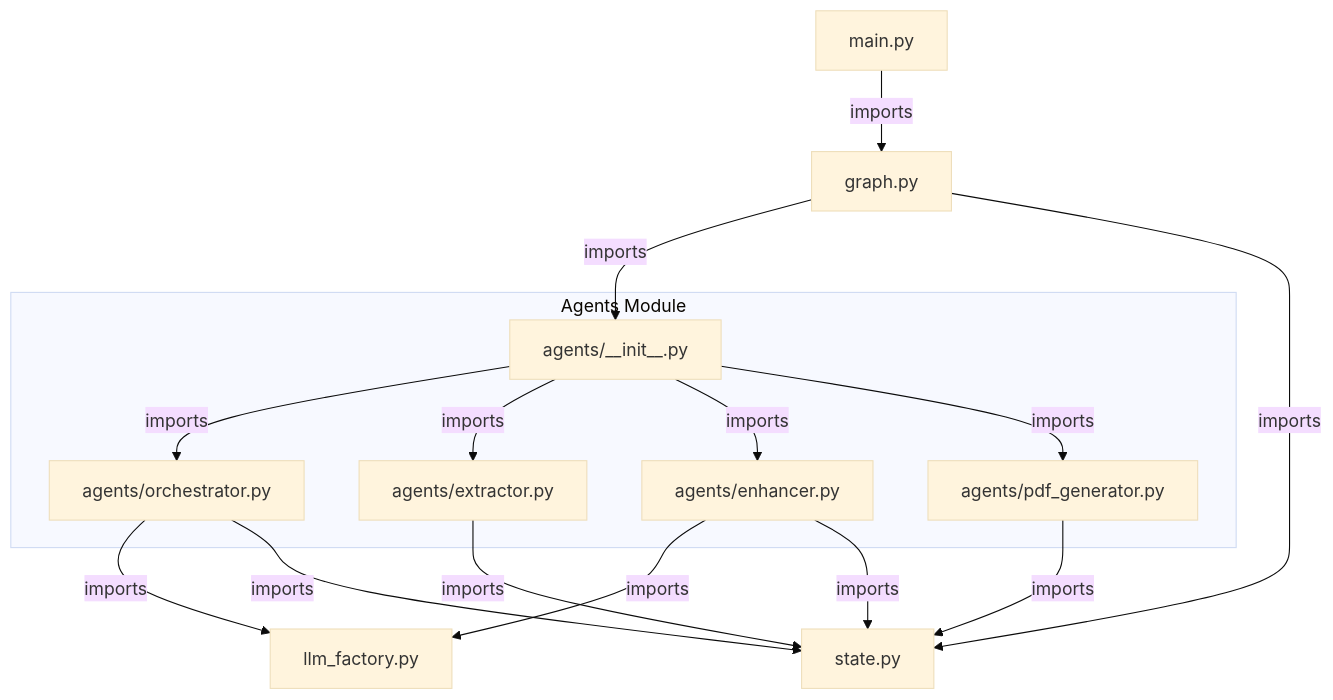
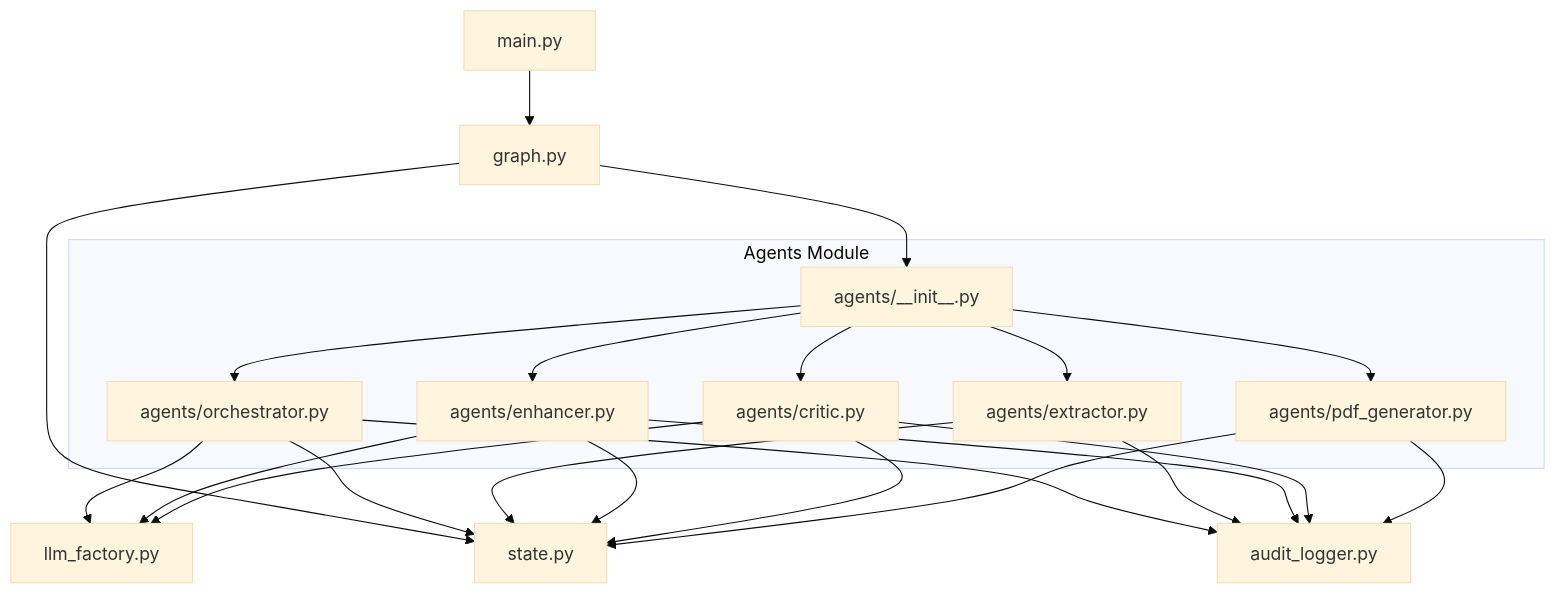
One commit to wubbyweb/resumatic changed the second of 2 diagrams in README.md. Above: the diagram before and after it, drawn with Mermaid (base theme). The commit also changed other lines of this file and 8 other files, not shown here.

````diff
--- a/README.md
+++ b/README.md
@@ -56,37 +68,50 @@
 ```mermaid
 graph TD
-    %% Define nodes with links to files
+    %% Define nodes
     Main["main.py"]
     Graph["graph.py"]
     State["state.py"]
     LLMFactory["llm_factory.py"]
-    
+    AuditLogger["audit_logger.py"]
+
     subgraph Agents Module
         AgentsInit["agents/__init__.py"]
         Orchestrator["agents/orchestrator.py"]
         Extractor["agents/extractor.py"]
         Enhancer["agents/enhancer.py"]
+        Critic["agents/critic.py"]
         PDFGen["agents/pdf_generator.py"]
     end
 
-    %% Define relationships based on imports
-    Main -->|imports| Graph
-    
-    Graph -->|imports| AgentsInit
-    Graph -->|imports| State
-    
-    AgentsInit -->|imports| Orchestrator
-    AgentsInit -->|imports| Extractor
-    AgentsInit -->|imports| Enhancer
-    AgentsInit -->|imports| PDFGen
+    %% Top-level wiring
+    Main --> Graph
 
-    Orchestrator -->|imports| LLMFactory
-    Orchestrator -->|imports| State
+    Graph --> AgentsInit
+    Graph --> State
 
-    Extractor -->|imports| State
+    %% __init__ re-exports all agent nodes
+    AgentsInit --> Orchestrator
+    AgentsInit --> Extractor
+    AgentsInit --> Enhancer
+    AgentsInit --> Critic
+    AgentsInit --> PDFGen
 
-    Enhancer -->|imports| LLMFactory
-    Enhancer -->|imports| State
+    %% Per-agent dependencies
+    Orchestrator --> LLMFactory
+    Orchestrator --> State
+    Orchestrator --> AuditLogger
 
-    PDFGen -->|imports| State
+    Extractor --> State
+    Extractor --> AuditLogger
+
+    Enhancer --> LLMFactory
+    Enhancer --> State
+    Enhancer --> AuditLogger
+
+    Critic --> LLMFactory
+    Critic --> State
+    Critic --> AuditLogger
+
+    PDFGen --> State
+    PDFGen --> AuditLogger
 ```
````
